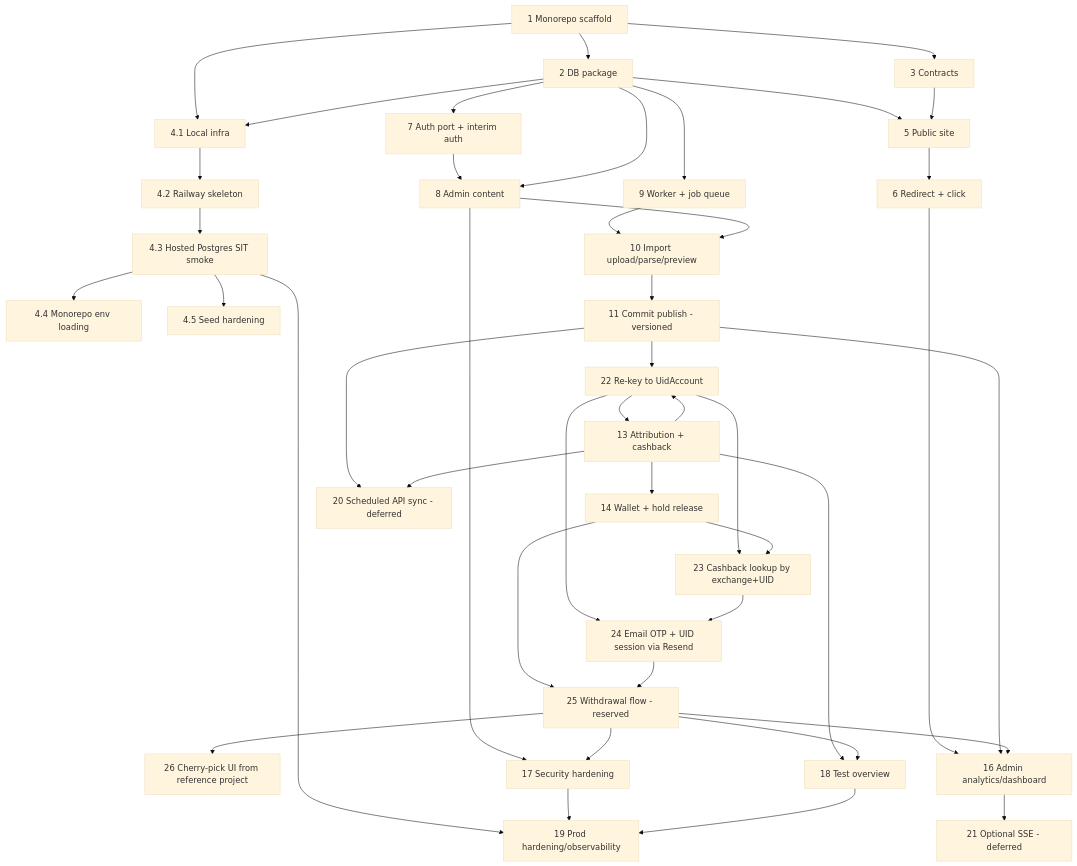
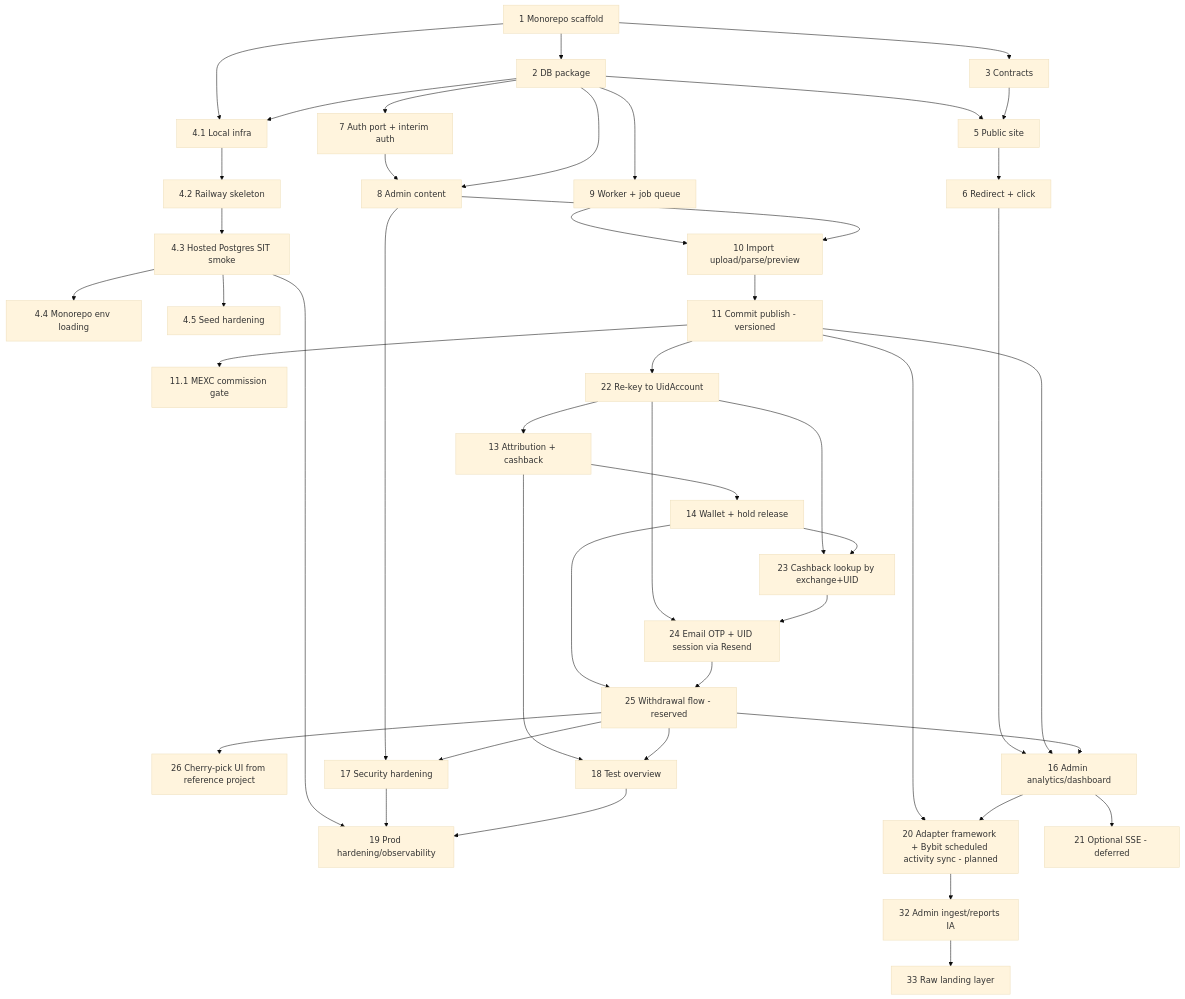
The diagram in .kiro/specs/cashback-platform/tasks.md (BuiHoangDuong/13092026), drawn with Mermaid (base theme) before and after one commit. The commit also changed other lines of this file and 72 other files, not shown here.

````diff
--- a/.kiro/specs/cashback-platform/tasks.md
+++ b/.kiro/specs/cashback-platform/tasks.md
@@ -77,45 +89,47 @@
 ```mermaid
 flowchart TD
   T1[1 Monorepo scaffold] --> T2[2 DB package]
   T1 --> T3[3 Contracts]
   T1 --> T41[4.1 Local infra]
   T2 --> T41
   T41 --> T42[4.2 Railway skeleton]
   T42 --> T43[4.3 Hosted Postgres SIT smoke]
   T43 --> T44[4.4 Monorepo env loading]
   T43 --> T45[4.5 Seed hardening]
   T2 --> T5[5 Public site]
   T3 --> T5
   T5 --> T6[6 Redirect + click]
   T2 --> T7[7 Auth port + interim auth]
   T7 --> T8[8 Admin content]
   T2 --> T8
   T2 --> T9[9 Worker + job queue]
   T9 --> T10[10 Import upload/parse/preview]
   T8 --> T10
   T10 --> T11[11 Commit publish - versioned]
+  T11 --> T111[11.1 MEXC commission gate]
   T11 --> T22[22 Re-key to UidAccount]
-  T13 --> T22
   T22 --> T13[13 Attribution + cashback]
   T13 --> T14[14 Wallet + hold release]
   T22 --> T23[23 Cashback lookup by exchange+UID]
   T14 --> T23
   T22 --> T24[24 Email OTP + UID session via Resend]
   T23 --> T24
   T14 --> T25[25 Withdrawal flow - reserved]
   T24 --> T25
   T25 --> T26[26 Cherry-pick UI from reference project]
   T6 --> T16[16 Admin analytics/dashboard]
   T11 --> T16
   T25 --> T16
   T8 --> T17[17 Security hardening]
   T25 --> T17
   T13 --> T18[18 Test overview]
   T25 --> T18
   T43 --> T19[19 Prod hardening/observability]
   T17 --> T19
   T18 --> T19
-  T11 --> T20[20 Scheduled API sync - deferred]
-  T13 --> T20
+  T11 --> T20[20 Adapter framework + Bybit scheduled activity sync - planned]
+  T20 --> T32[32 Admin ingest/reports IA]
+  T32 --> T33[33 Raw landing layer]
+  T16 --> T20
   T16 --> T21[21 Optional SSE - deferred]
 ```
````
